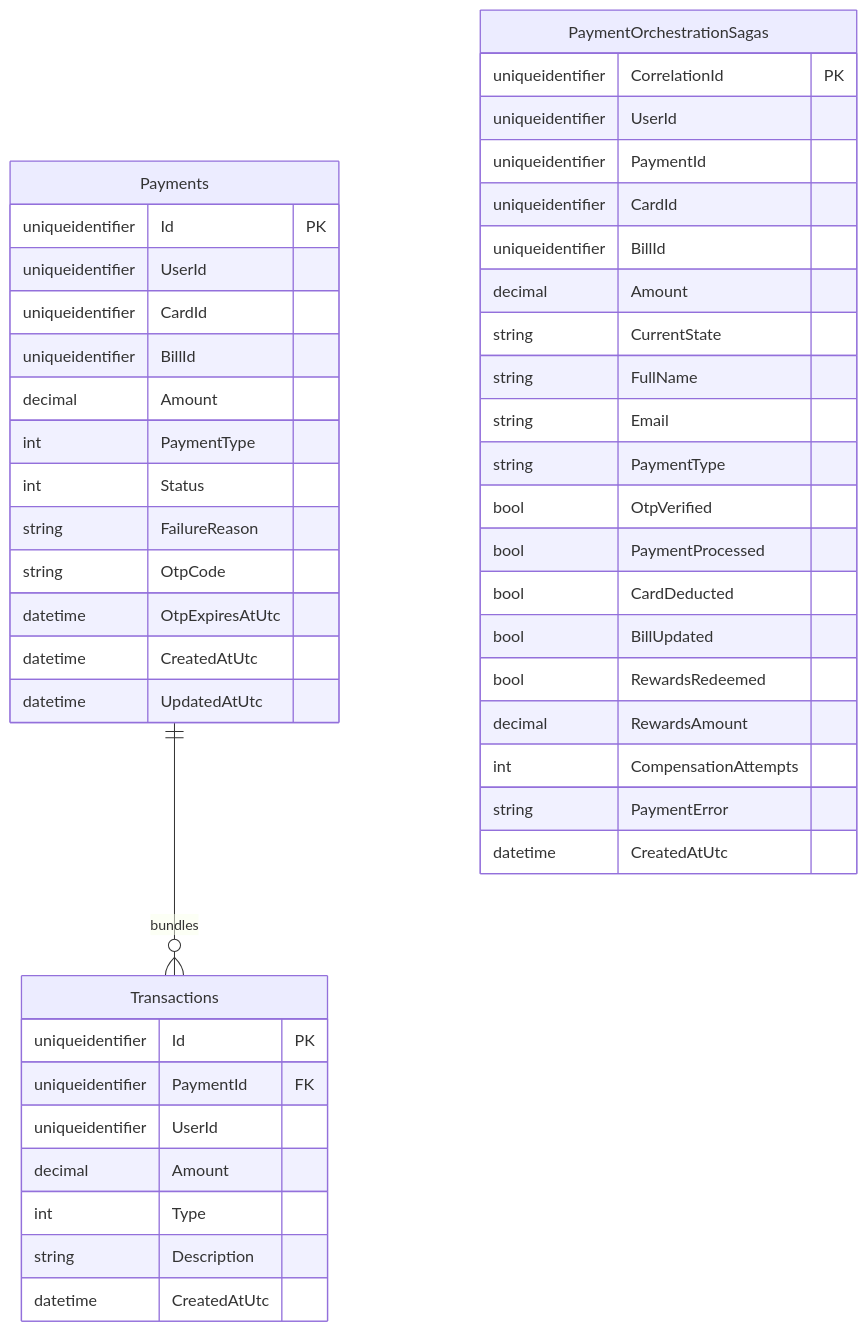
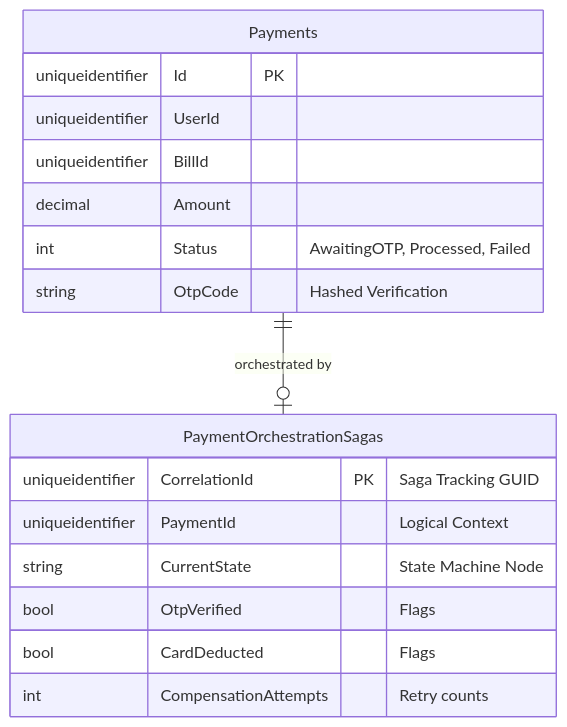
Before and after one commit to TirtharajBarma/cred-vault: the fourth of 13 diagrams in src/docs/LLD.md, drawn with Mermaid. The commit also changed other lines of this file and 102 other files, not shown here.

````diff
--- a/src/docs/LLD.md
+++ b/src/docs/LLD.md
@@ -278,51 +202,22 @@
 ```mermaid
 erDiagram
     Payments {
         uniqueidentifier Id PK
         uniqueidentifier UserId
-        uniqueidentifier CardId
         uniqueidentifier BillId
         decimal Amount
-        int PaymentType
-        int Status
-        string FailureReason
-        string OtpCode
-        datetime OtpExpiresAtUtc
-        datetime CreatedAtUtc
-        datetime UpdatedAtUtc
-    }
-
-    Transactions {
-        uniqueidentifier Id PK
-        uniqueidentifier PaymentId FK
-        uniqueidentifier UserId
-        decimal Amount
-        int Type
-        string Description
-        datetime CreatedAtUtc
+        int Status "AwaitingOTP, Processed, Failed"
+        string OtpCode "Hashed Verification"
     }
 
     PaymentOrchestrationSagas {
-        uniqueidentifier CorrelationId PK
-        uniqueidentifier UserId
-        uniqueidentifier PaymentId
-        uniqueidentifier CardId
-        uniqueidentifier BillId
-        decimal Amount
-        string CurrentState
-        string FullName
-        string Email
-        string PaymentType
-        bool OtpVerified
-        bool PaymentProcessed
-        bool CardDeducted
-        bool BillUpdated
-        bool RewardsRedeemed
-        decimal RewardsAmount
-        int CompensationAttempts
-        string PaymentError
-        datetime CreatedAtUtc
+        uniqueidentifier CorrelationId PK "Saga Tracking GUID"
+        uniqueidentifier PaymentId "Logical Context"
+        string CurrentState "State Machine Node"
+        bool OtpVerified "Flags"
+        bool CardDeducted "Flags"
+        int CompensationAttempts "Retry counts"
     }
 
-    Payments ||--o{ Transactions : "bundles"
+    Payments ||--o| PaymentOrchestrationSagas : "orchestrated by"
 ```
````
